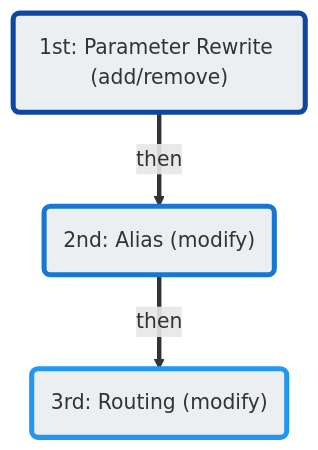
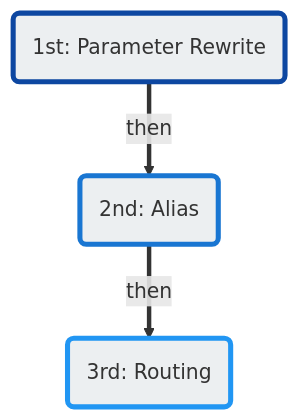
One commit to connexcs/docs changed the diagram in docs/number-manipulation.md. Above: the diagram before and after it, drawn with Mermaid. The commit also changed other lines of this file, not shown here.

````diff
--- a/docs/number-manipulation.md
+++ b/docs/number-manipulation.md
@@ -4,7 +11,7 @@
 ```mermaid
 graph TD
-A("1st: Parameter Rewrite (add/remove)") ==then==> B("2nd: Alias (modify)") ==then==> C("3rd: Routing (modify)")
+A(1st: Parameter Rewrite) ==then==> B(2nd: Alias) ==then==> C(3rd: Routing)
 style A fill:#ECEFF1,stroke:#0D47A1,stroke-width:4px
 style B fill:#ECEFF1,stroke:#1976D2,stroke-width:4px
 style C fill:#ECEFF1,stroke:#2196F3,stroke-width:4px
 ```
````
